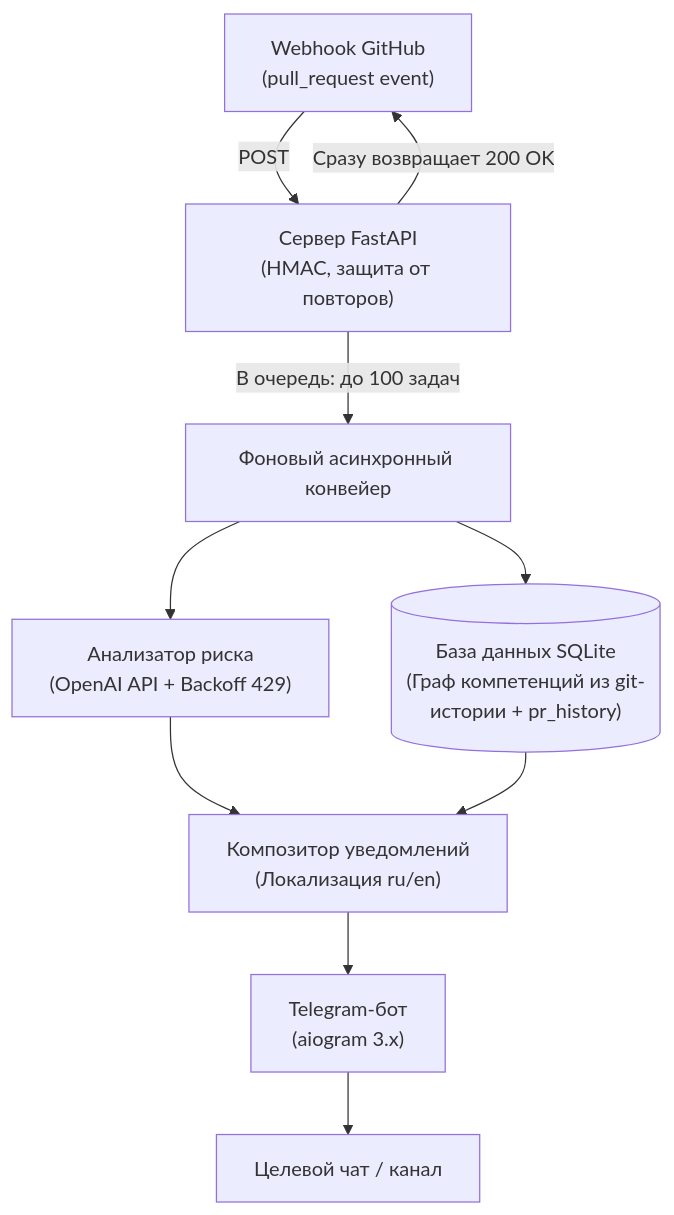
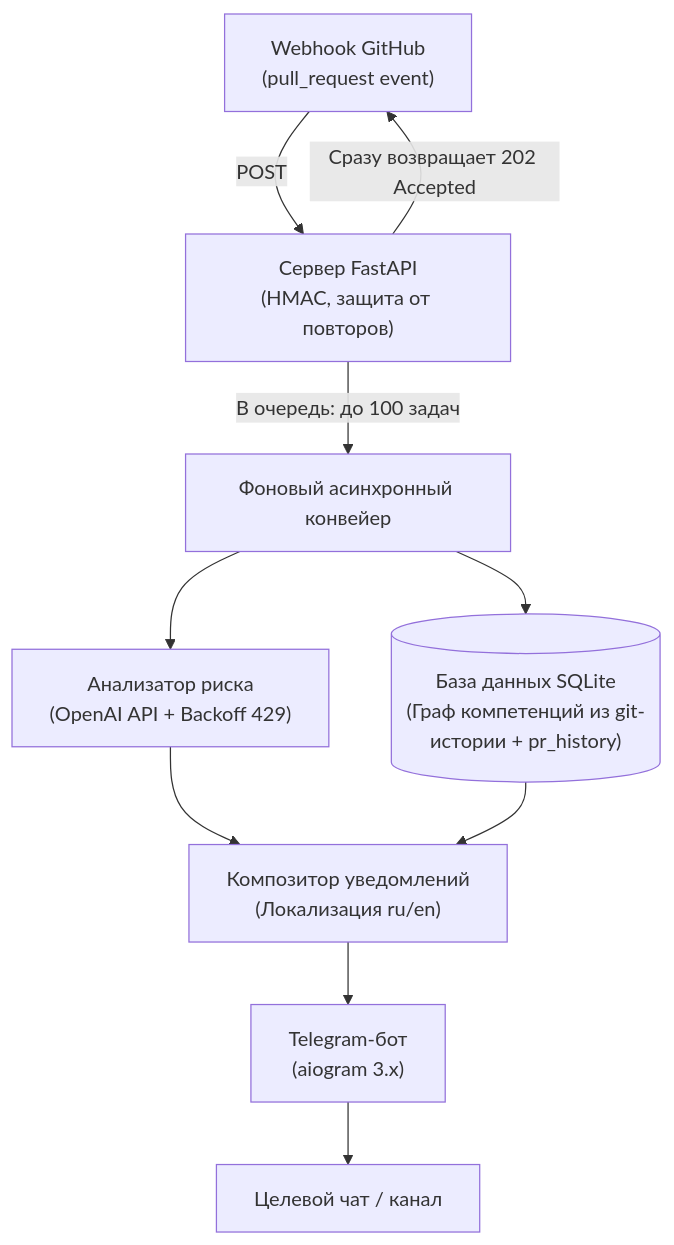
One commit to Undy19/PR-Sentinel changed the diagram in README.ru.md. Above: the diagram before and after it, drawn with Mermaid. The commit also changed other lines of this file and 19 other files, not shown here.

````diff
--- a/README.ru.md
+++ b/README.ru.md
@@ -27,16 +27,16 @@
 ```mermaid
 graph TD
     A["Webhook GitHub<br/>(pull_request event)"] -->|POST| B["Сервер FastAPI<br/>(HMAC, защита от повторов)"]
-    B -->|Сразу возвращает 200 OK| A
+    B -->|Сразу возвращает 202 Accepted| A
     B -->|В очередь: до 100 задач| C["Фоновый асинхронный конвейер"]
 
     C --> D["Анализатор риска<br/>(OpenAI API + Backoff 429)"]
     C --> E[("База данных SQLite<br/>(Граф компетенций из git-истории + pr_history)")]
 
     D --> F["Композитор уведомлений<br/>(Локализация ru/en)"]
     E --> F
 
     F --> G["Telegram-бот<br/>(aiogram 3.x)"]
     G --> H["Целевой чат / канал"]
 
 ```
````
